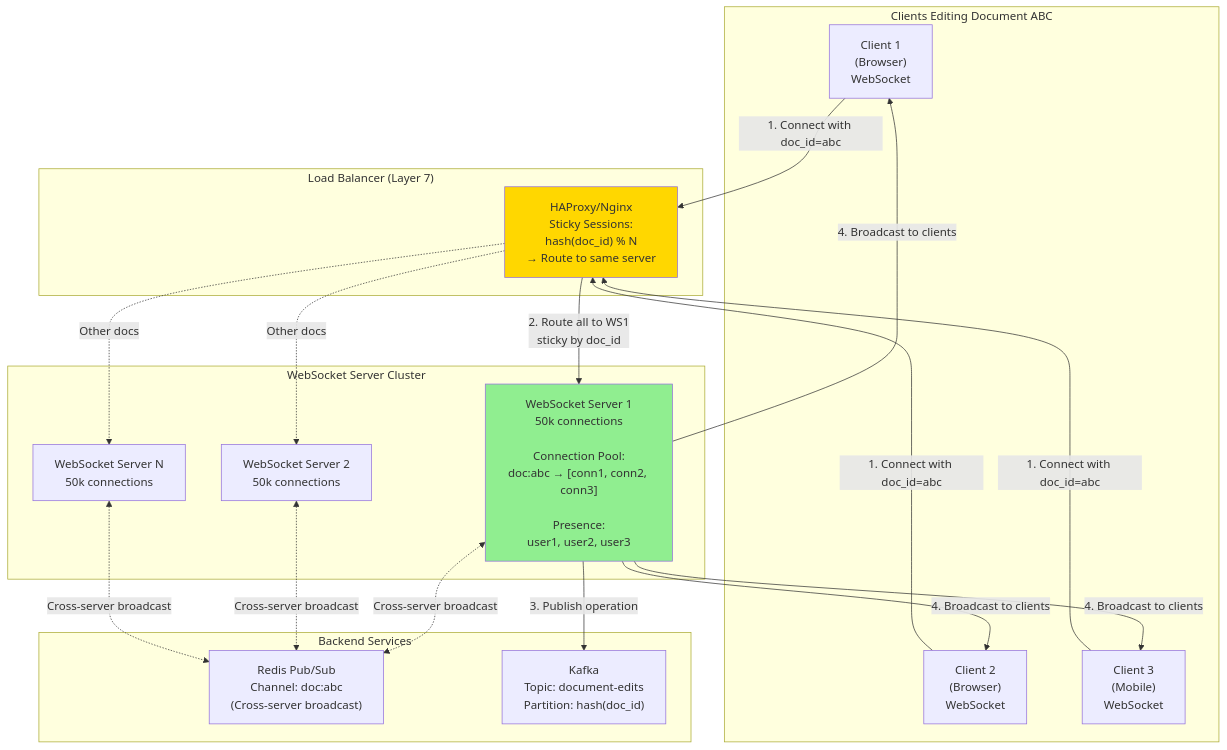
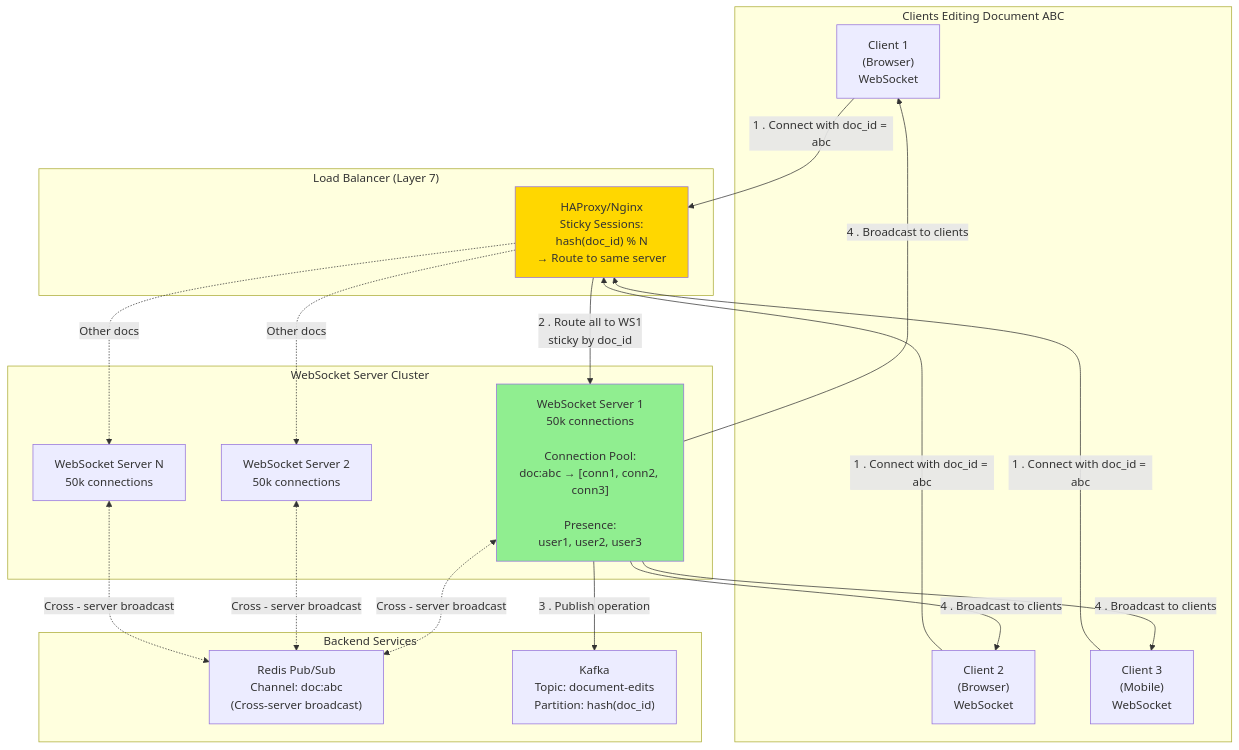
Before and after one commit to piyush7199/hld-architecture-handbook: the sixth of 14 diagrams in 03-challenges/3.4.6-collaborative-editor/hld-diagram.md, drawn with Mermaid. The commit also changed other lines of this file and 18 other files, not shown here.

````diff
--- a/03-challenges/3.4.6-collaborative-editor/hld-diagram.md
+++ b/03-challenges/3.4.6-collaborative-editor/hld-diagram.md
@@ -424,43 +436,39 @@
 ```mermaid
 graph TB
     subgraph Clients["Clients Editing Document ABC"]
         C1["Client 1<br/>(Browser)<br/>WebSocket"]
         C2["Client 2<br/>(Browser)<br/>WebSocket"]
         C3["Client 3<br/>(Mobile)<br/>WebSocket"]
     end
 
     subgraph LoadBalancer["Load Balancer (Layer 7)"]
         LB["HAProxy/Nginx<br/>Sticky Sessions:<br/>hash(doc_id) % N<br/>→ Route to same server"]
     end
 
     subgraph WebSocketCluster["WebSocket Server Cluster"]
         WS1["WebSocket Server 1<br/>50k connections<br/><br/>Connection Pool:<br/>doc:abc → [conn1, conn2, conn3]<br/><br/>Presence:<br/>user1, user2, user3"]
         WS2["WebSocket Server 2<br/>50k connections"]
         WS3["WebSocket Server N<br/>50k connections"]
     end
 
     subgraph Backend["Backend Services"]
         RedisPubSub["Redis Pub/Sub<br/>Channel: doc:abc<br/>(Cross-server broadcast)"]
         Kafka["Kafka<br/>Topic: document-edits<br/>Partition: hash(doc_id)"]
     end
 
-    C1 -->|1. Connect with doc_id=abc| LB
-    C2 -->|1. Connect with doc_id=abc| LB
-    C3 -->|1. Connect with doc_id=abc| LB
-
-    LB -->|2. Route all to WS1<br/>sticky by doc_id| WS1
+    C1 -->|1 . Connect with doc_id = abc| LB
+    C2 -->|1 . Connect with doc_id = abc| LB
+    C3 -->|1 . Connect with doc_id = abc| LB
+    LB -->|2 . Route all to WS1<br/>sticky by doc_id| WS1
     LB -.->|Other docs| WS2
     LB -.->|Other docs| WS3
-
-    WS1 -->|3. Publish operation| Kafka
-    WS1 -->|4. Broadcast to clients| C1
-    WS1 -->|4. Broadcast to clients| C2
-    WS1 -->|4. Broadcast to clients| C3
-
-    WS1 <-.->|Cross-server broadcast| RedisPubSub
-    WS2 <-.->|Cross-server broadcast| RedisPubSub
-    WS3 <-.->|Cross-server broadcast| RedisPubSub
-
-    style WS1 fill:#90EE90
-    style LB fill:#FFD700
+    WS1 -->|3 . Publish operation| Kafka
+    WS1 -->|4 . Broadcast to clients| C1
+    WS1 -->|4 . Broadcast to clients| C2
+    WS1 -->|4 . Broadcast to clients| C3
+    WS1 <-.->|Cross - server broadcast| RedisPubSub
+    WS2 <-.->|Cross - server broadcast| RedisPubSub
+    WS3 <-.->|Cross - server broadcast| RedisPubSub
+    style WS1 fill: #90EE90
+    style LB fill: #FFD700
 ```
````
